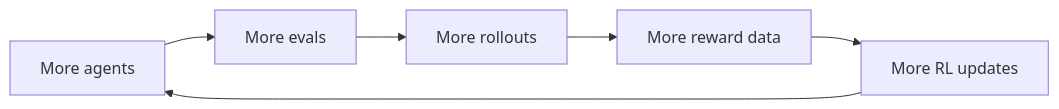
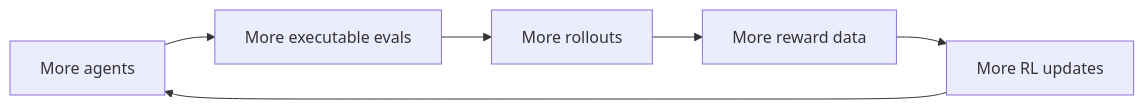
Before and after one commit to arakoodev/SolRL: diagram 13 of 13 in why.md, drawn with Mermaid. The commit also changed other lines of this file, not shown here.

````diff
--- a/why.md
+++ b/why.md
@@ -395,8 +427,8 @@
 ```mermaid
 flowchart LR
-    Models["More agents"] --> Evals["More evals"]
+    Models["More agents"] --> Evals["More executable evals"]
     Evals --> Rollouts["More rollouts"]
     Rollouts --> Rewards["More reward data"]
     Rewards --> Training["More RL updates"]
     Training --> Models
 ```
````
